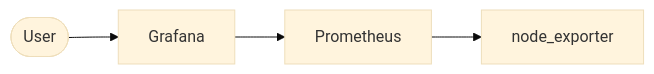
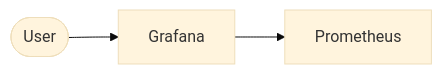
Before and after one commit to AttarArashk/exam-template: the diagram in README.md, drawn with Mermaid (base theme).

Commit message:
Remove extra lines

````diff
--- a/README.md
+++ b/README.md
@@ -12,6 +12,5 @@
 ```mermaid
 flowchart LR
   User(["User"]) --> Grafana["Grafana"]
   Grafana --> Prometheus["Prometheus"]
-  Prometheus --> NodeExp["node_exporter"]
 ```
````
